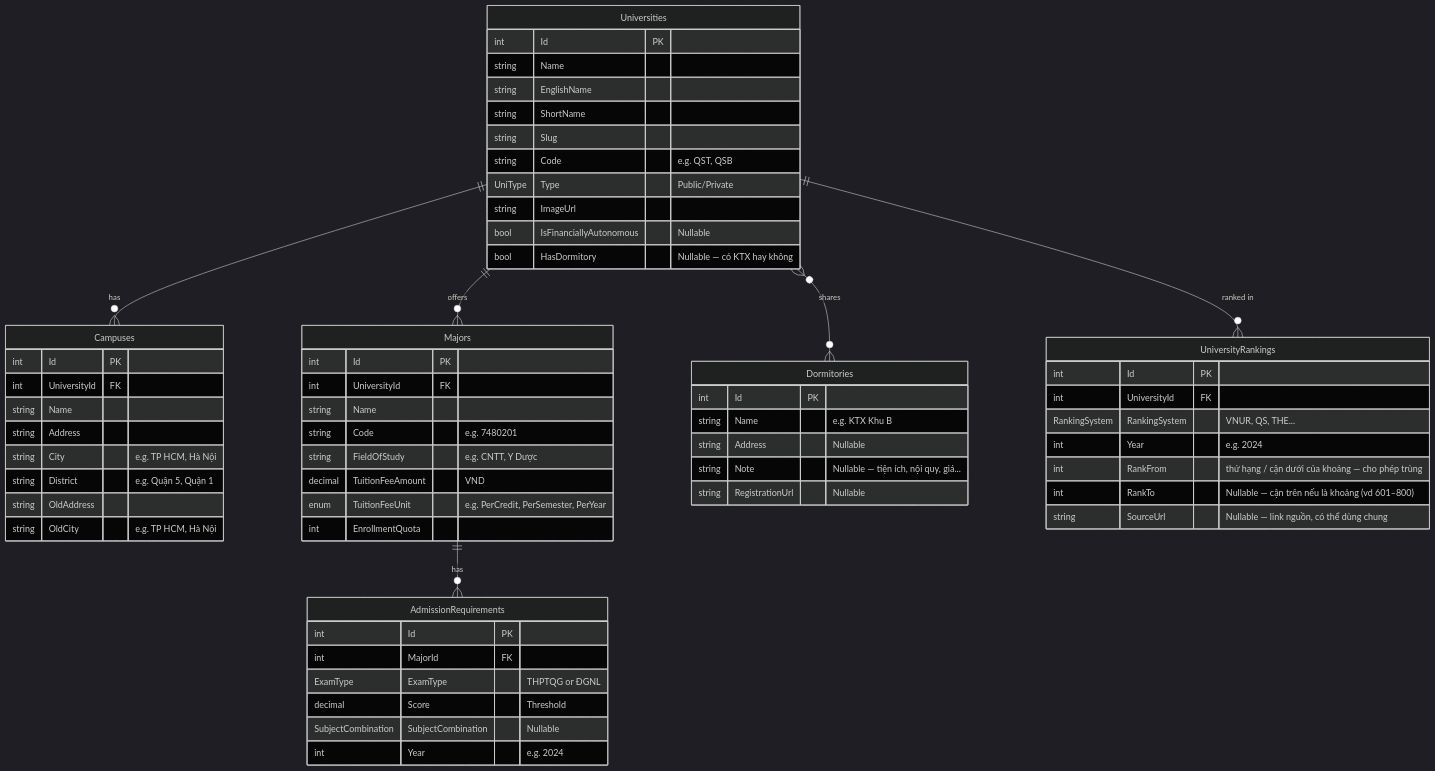
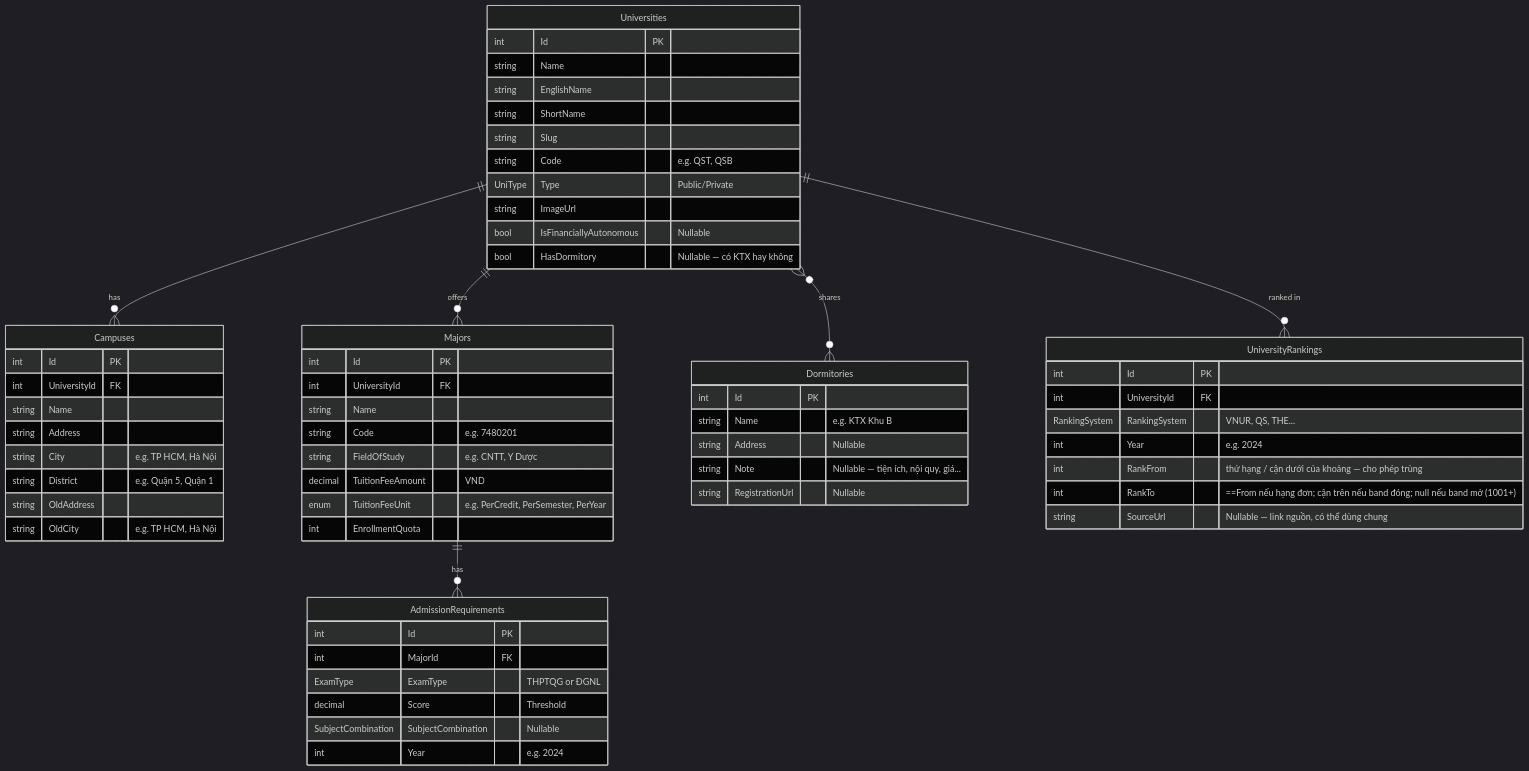
One commit to longhuynhdev/TimTruong changed the diagram in docs/ER-model.md. Above: the diagram before and after it, drawn with Mermaid (dark theme). The commit also changed 9 other files, not shown here.

````diff
--- a/docs/ER-model.md
+++ b/docs/ER-model.md
@@ -1,70 +1,70 @@
 ```mermaid
 erDiagram
     Universities ||--o{ Campuses : "has"
     Universities ||--o{ Majors : "offers"
     Universities }o--o{ Dormitories : "shares"
     Universities ||--o{ UniversityRankings : "ranked in"
     Majors ||--o{ AdmissionRequirements : "has"
 
     Universities {
         int Id PK
         string Name
         string EnglishName
         string ShortName
         string Slug
         string Code "e.g. QST, QSB"
         UniType Type "Public/Private"
         string ImageUrl
         bool IsFinanciallyAutonomous "Nullable"
         bool HasDormitory "Nullable — có KTX hay không"
     }
 
     Dormitories {
         int Id PK
         string Name "e.g. KTX Khu B"
         string Address "Nullable"
         string Note "Nullable — tiện ích, nội quy, giá..."
         string RegistrationUrl "Nullable"
     }
 
     Campuses {
         int Id PK
         int UniversityId FK
         string Name
         string Address
         string City "e.g. TP HCM, Hà Nội"
         string District "e.g. Quận 5, Quận 1"
         string OldAddress
         string OldCity "e.g. TP HCM, Hà Nội"
     }
 
     Majors {
         int Id PK
         int UniversityId FK
         string Name
         string Code "e.g. 7480201"
         string FieldOfStudy "e.g. CNTT, Y Dược"
         decimal TuitionFeeAmount "VND"
         enum TuitionFeeUnit "e.g. PerCredit, PerSemester, PerYear"
         int EnrollmentQuota
     }
 
     AdmissionRequirements {
         int Id PK
         int MajorId FK
         ExamType ExamType "THPTQG or ĐGNL"
         decimal Score "Threshold"
         SubjectCombination SubjectCombination "Nullable"
         int Year "e.g. 2024"
     }
 
     UniversityRankings {
         int Id PK
         int UniversityId FK
         RankingSystem RankingSystem "VNUR, QS, THE..."
         int Year "e.g. 2024"
         int RankFrom "thứ hạng / cận dưới của khoảng — cho phép trùng"
-        int RankTo "Nullable — cận trên nếu là khoảng (vd 601–800)"
+        int RankTo "==From nếu hạng đơn; cận trên nếu band đóng; null nếu band mở (1001+)"
         string SourceUrl "Nullable — link nguồn, có thể dùng chung"
     }
 ```    
````
